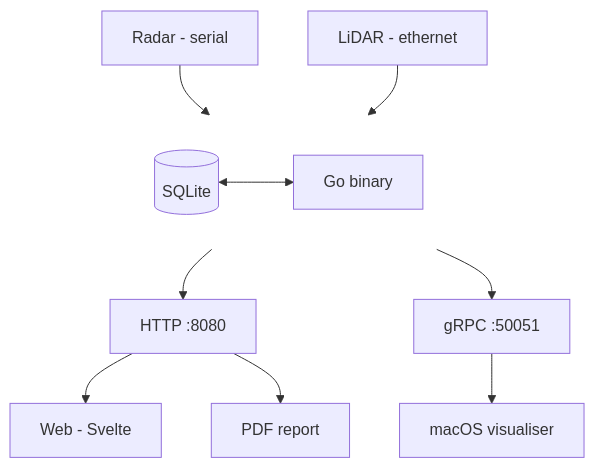
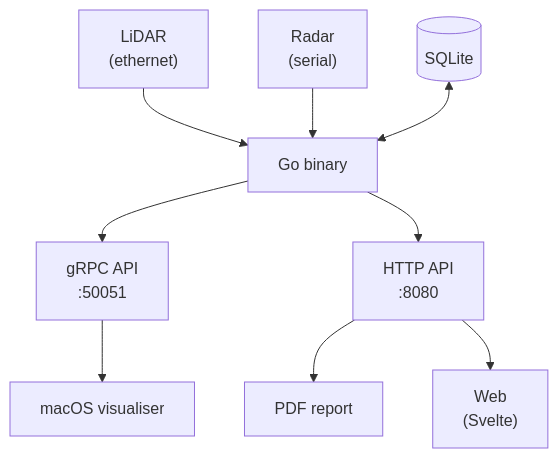
Before and after one commit to banshee-data/velocity.report: the diagram in CLAUDE.md, drawn with Mermaid.

Commit message:
[ai] improve flowchart clarity in CLAUDE.md by enhancing node labels and structure

````diff
--- a/CLAUDE.md
+++ b/CLAUDE.md
@@ -94,19 +94,18 @@
 ```mermaid
 flowchart TB
-	Radar[Radar - serial] --> Go[Go binary]
-	Lidar[LiDAR - ethernet] --> Go
-
-	subgraph A[ ]
-		direction LR
-		Go
-		DB[(SQLite)]
-	end
-	style A fill:transparent,stroke:transparent
-
+	Radar["Radar <br> (serial)"]
+	Lidar["LiDAR <br> (ethernet)"]
+	API[HTTP API <br> :8080]
+	GRPC[gRPC API <br> :50051]
+	API --> PDF[PDF report]
+	API --> Web["Web <br> (Svelte)"]
+	GRPC --> Vis[macOS visualiser]
+	Go["Go binary"]
+	Go --> GRPC
+	Go --> API
+	Go
+	Lidar --> Go
+	Radar --> Go
+	DB[("SQLite")]
 	DB <--> Go
-	Go --> API[HTTP :8080]
-	Go --> GRPC[gRPC :50051]
-	API --> Web[Web - Svelte]
-	API --> PDF[PDF report]
-	GRPC --> Vis[macOS visualiser]
 ```
````
